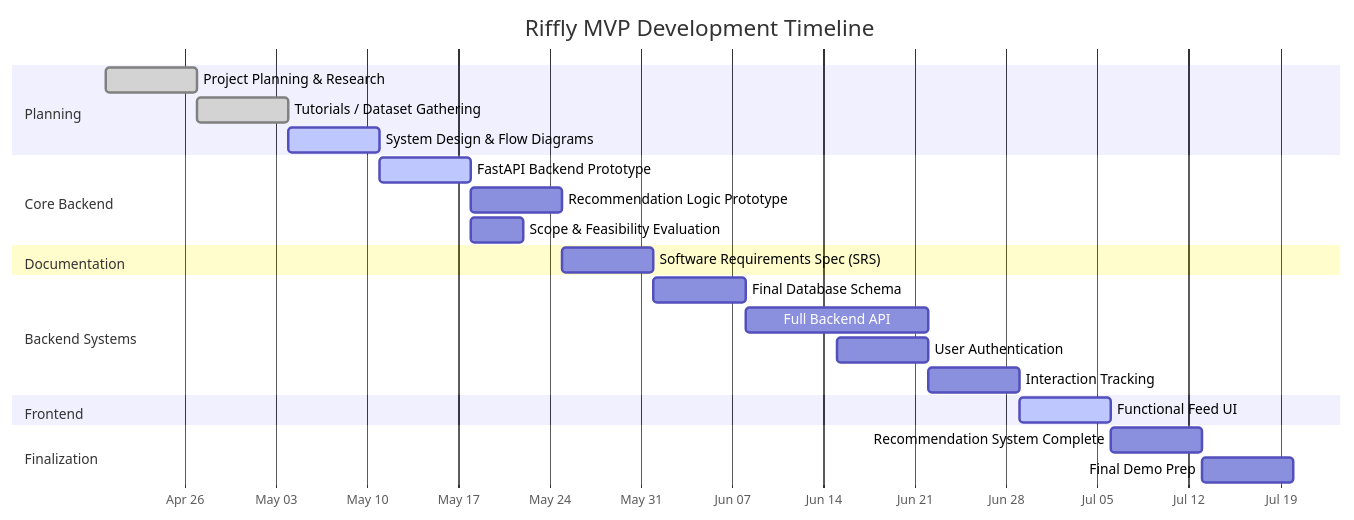
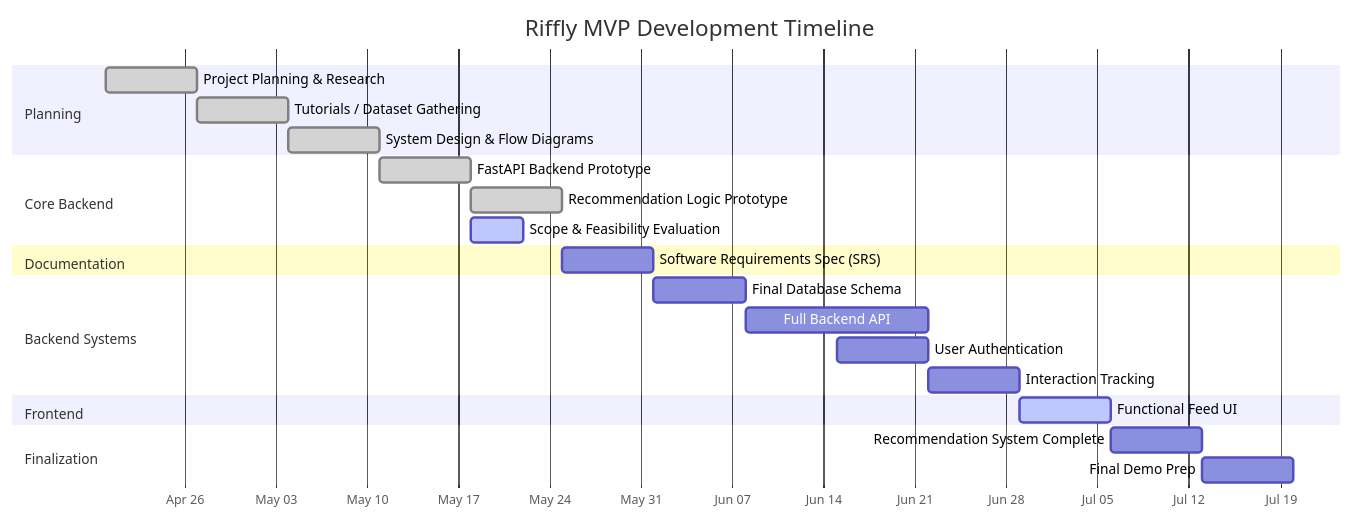
One commit to Zachwm/riffly changed the fourth of 4 diagrams in README.md. Above: the diagram before and after it, drawn with Mermaid. The commit also changed other lines of this file, not shown here.

````diff
--- a/README.md
+++ b/README.md
@@ -225,34 +272,34 @@
 ```mermaid
 gantt
     title Riffly MVP Development Timeline
     dateFormat  YYYY-MM-DD
     axisFormat  %b %d
 
     section Planning
     Project Planning & Research        :done, p1, 2026-04-20, 7d
     Tutorials / Dataset Gathering       :done, p2, 2026-04-27, 7d
-    System Design & Flow Diagrams       :active, p3, 2026-05-04, 7d
+    System Design & Flow Diagrams       :done, p3, 2026-05-04, 7d
 
     section Core Backend
-    FastAPI Backend Prototype           :active, p4, 2026-05-11, 7d
-    Recommendation Logic Prototype      :p5, 2026-05-18, 7d
-    Scope & Feasibility Evaluation      :p6, 2026-05-18, 4d
+    FastAPI Backend Prototype           :done, p4, 2026-05-11, 7d
+    Recommendation Logic Prototype      :done, p5, 2026-05-18, 7d
+    Scope & Feasibility Evaluation      :active, p6, 2026-05-18, 4d
 
     section Documentation
     Software Requirements Spec (SRS)    :p7, 2026-05-25, 7d
 
     section Backend Systems
     Final Database Schema               :p8, 2026-06-01, 7d
     Full Backend API                    :p9, 2026-06-08, 14d
     User Authentication                 :p10, 2026-06-15, 7d
     Interaction Tracking                :p11, 2026-06-22, 7d
 
     section Frontend
     Functional Feed UI                  :active, p12, 2026-06-29, 7d
 
     section Finalization
     Recommendation System Complete       :p13, 2026-07-06, 7d
     Final Demo Prep                     :p14, 2026-07-13, 7d
 
     todayMarker stroke-width:4px,stroke:#ff0000,opacity:0.7
 ```
````
